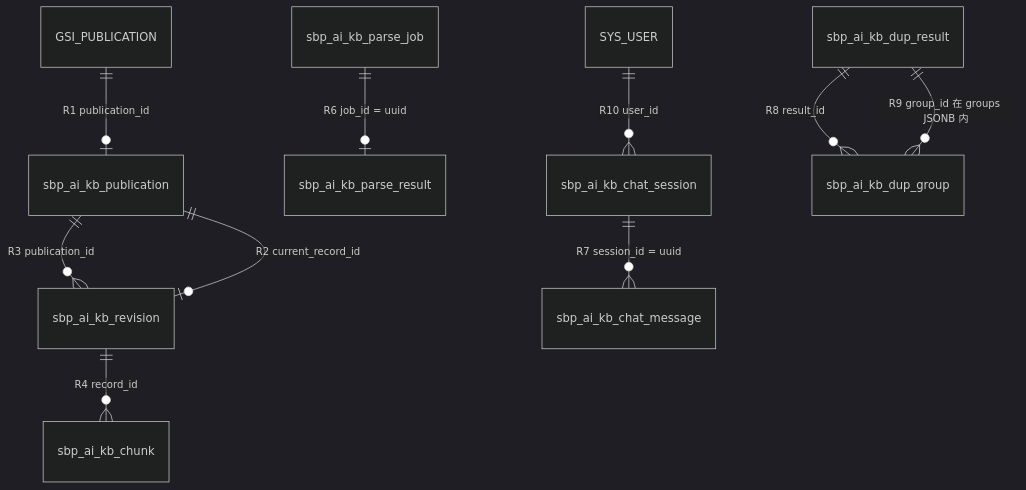
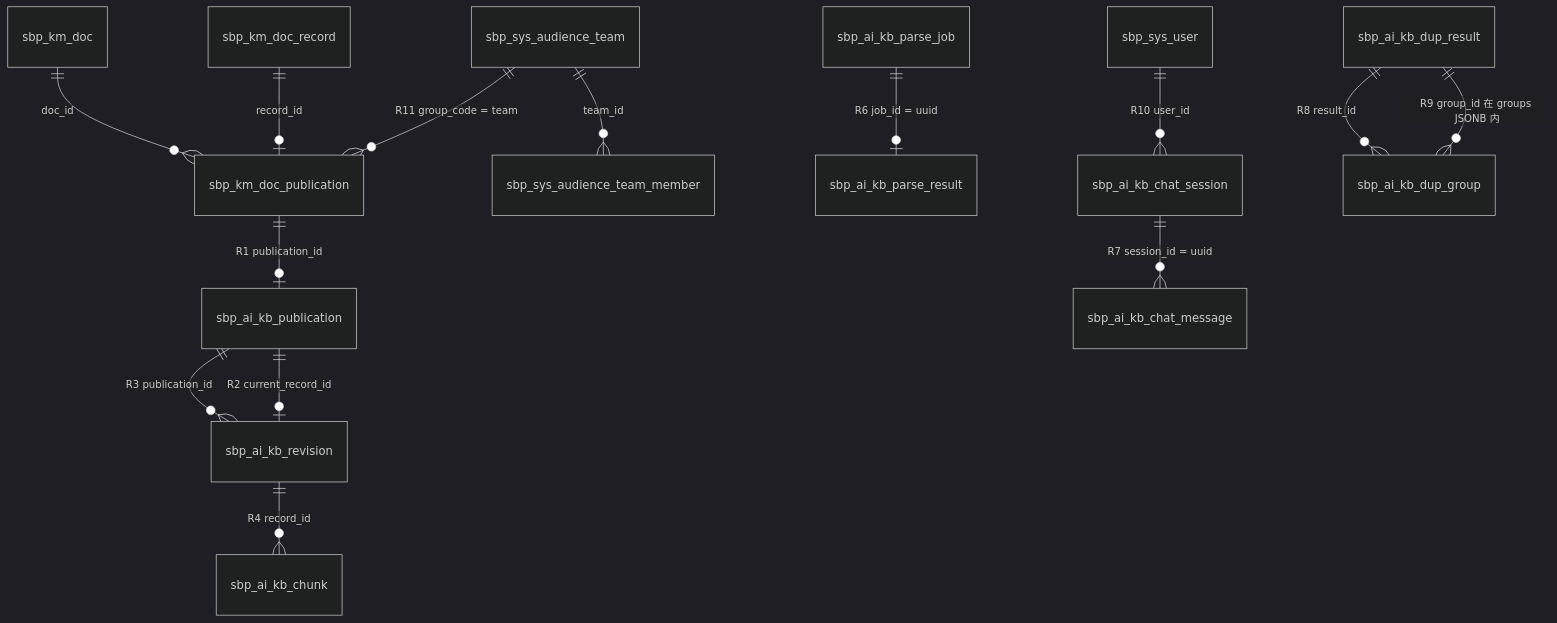
The diagram in 00-document/05-服务大脑AI项目功能模块说明文档/03-知识平台/02-数据模型与表关系.md (pmozx/destlive.yidatec.azbrainagentservice), drawn with Mermaid (dark theme) before and after one commit. The commit also changed other lines of this file and 110 other files, not shown here.

````diff
--- a/00-document/05-服务大脑AI项目功能模块说明文档/03-知识平台/02-数据模型与表关系.md
+++ b/00-document/05-服务大脑AI项目功能模块说明文档/03-知识平台/02-数据模型与表关系.md
@@ -44,12 +49,16 @@
 ```mermaid
 erDiagram
-    GSI_PUBLICATION ||--o| sbp_ai_kb_publication : "R1 publication_id"
+    sbp_km_doc ||--o{ sbp_km_doc_publication : "doc_id"
+    sbp_km_doc_record ||--o| sbp_km_doc_publication : "record_id"
+    sbp_sys_audience_team ||--o{ sbp_sys_audience_team_member : "team_id"
+    sbp_sys_audience_team ||--o{ sbp_km_doc_publication : "R11 group_code = team"
+    sbp_km_doc_publication ||--o| sbp_ai_kb_publication : "R1 publication_id"
     sbp_ai_kb_publication ||--o{ sbp_ai_kb_revision : "R3 publication_id"
     sbp_ai_kb_publication ||--o| sbp_ai_kb_revision : "R2 current_record_id"
     sbp_ai_kb_revision ||--o{ sbp_ai_kb_chunk : "R4 record_id"
     sbp_ai_kb_parse_job ||--o| sbp_ai_kb_parse_result : "R6 job_id = uuid"
     sbp_ai_kb_chat_session ||--o{ sbp_ai_kb_chat_message : "R7 session_id = uuid"
     sbp_ai_kb_dup_result ||--o{ sbp_ai_kb_dup_group : "R8 result_id"
     sbp_ai_kb_dup_result ||--o{ sbp_ai_kb_dup_group : "R9 group_id 在 groups JSONB 内"
-    SYS_USER ||--o{ sbp_ai_kb_chat_session : "R10 user_id"
+    sbp_sys_user ||--o{ sbp_ai_kb_chat_session : "R10 user_id"
 ```
````
